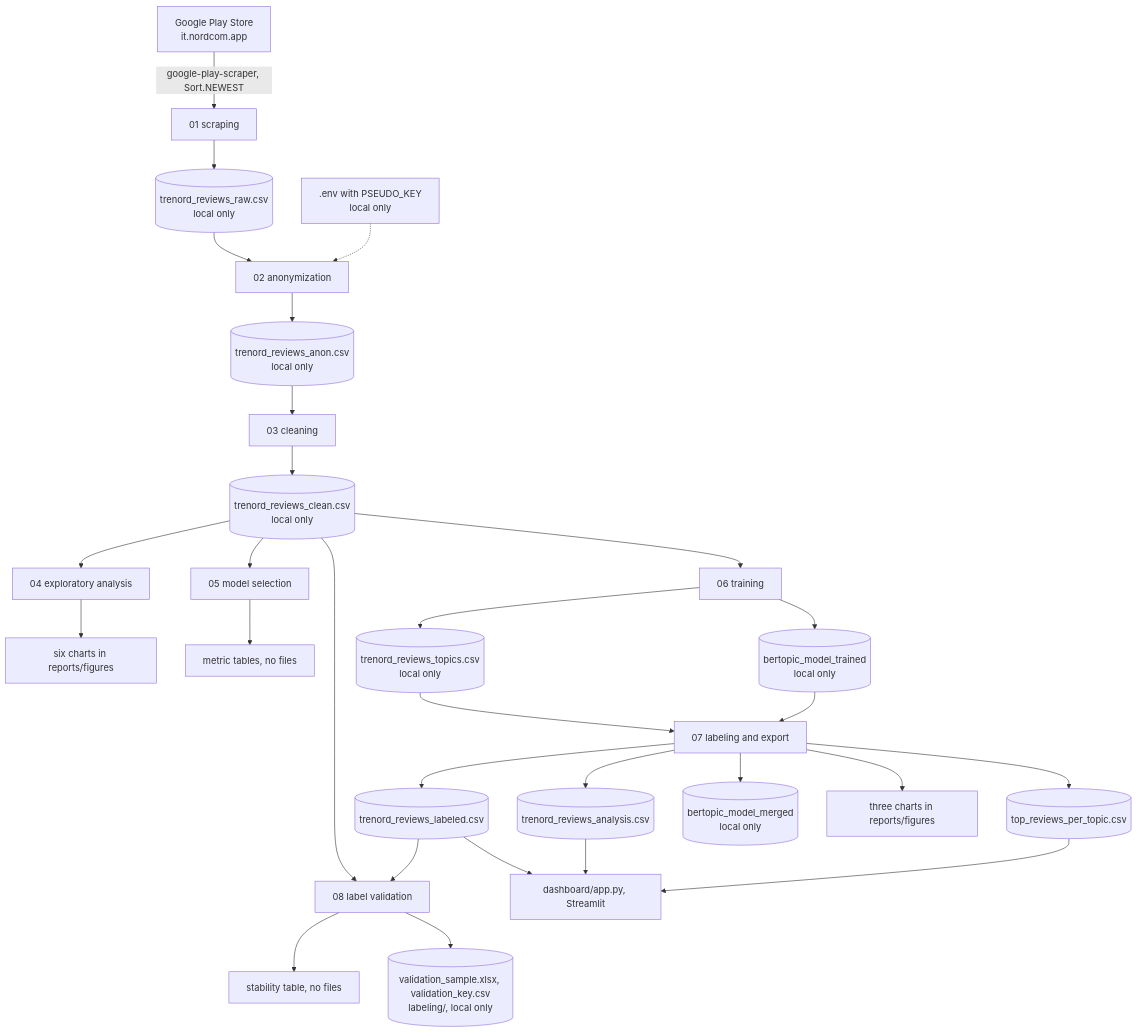
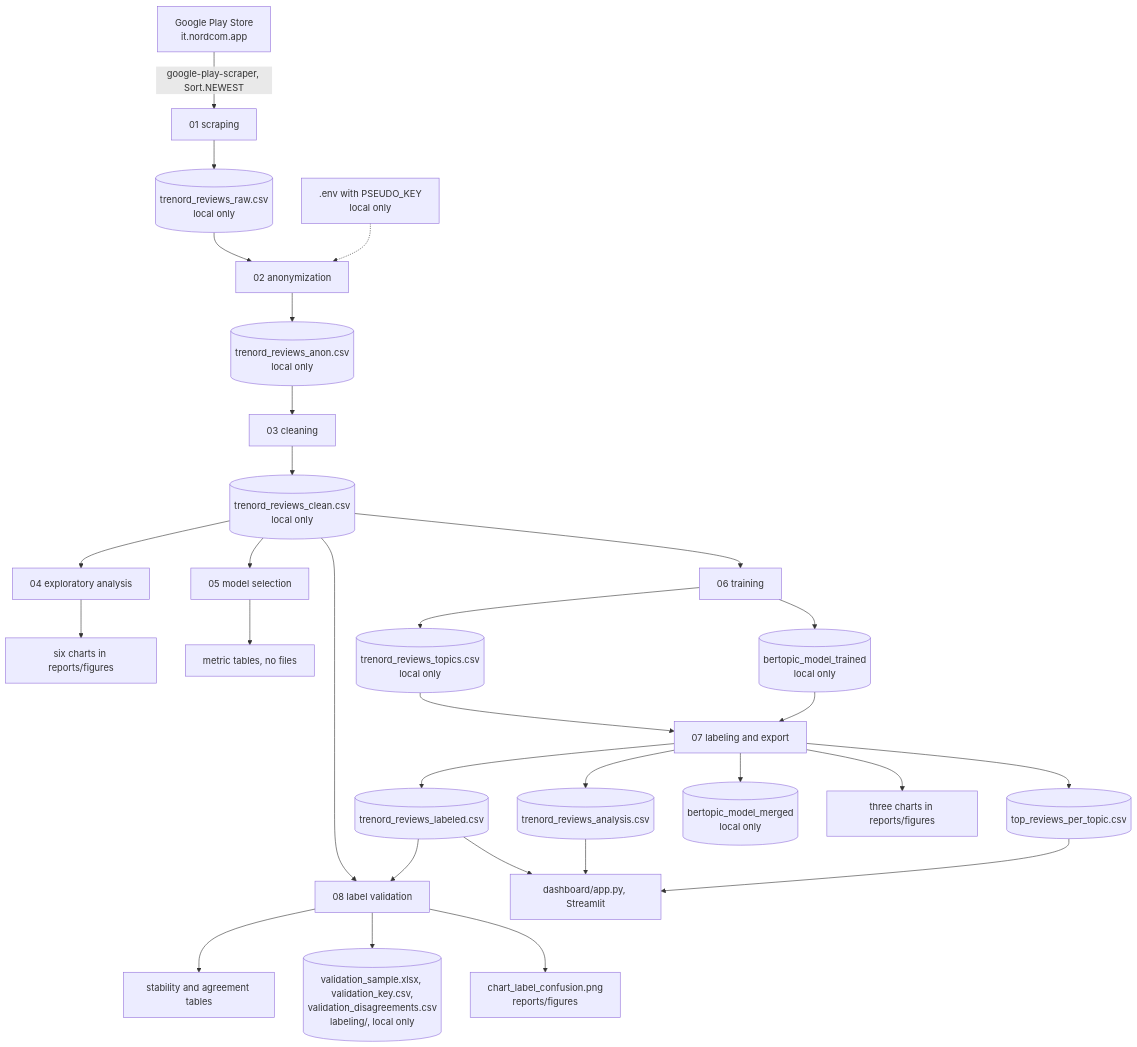
Before and after one commit to paolotroia-datavizlab/trenord-reviews-bertopic: the diagram in docs/architecture.md, drawn with Mermaid. The commit also changed other lines of this file and 4 other files, not shown here.

````diff
--- a/docs/architecture.md
+++ b/docs/architecture.md
@@ -33,31 +33,32 @@
 ```mermaid
 flowchart TD
     PS["Google Play Store<br/>it.nordcom.app"] -->|"google-play-scraper, Sort.NEWEST"| N01["01 scraping"]
     N01 --> RAW[("trenord_reviews_raw.csv<br/>local only")]
     RAW --> N02["02 anonymization"]
     ENV[".env with PSEUDO_KEY<br/>local only"] -.-> N02
     N02 --> ANON[("trenord_reviews_anon.csv<br/>local only")]
     ANON --> N03["03 cleaning"]
     N03 --> CLEAN[("trenord_reviews_clean.csv<br/>local only")]
     CLEAN --> N04["04 exploratory analysis"]
     N04 --> PNG["six charts in reports/figures"]
     CLEAN --> N05["05 model selection"]
     N05 --> TABLES["metric tables, no files"]
     CLEAN --> N06["06 training"]
     N06 --> TOPICS[("trenord_reviews_topics.csv<br/>local only")]
     N06 --> MODEL[("bertopic_model_trained<br/>local only")]
     TOPICS --> N07["07 labeling and export"]
     MODEL --> N07
     N07 --> LAB[("trenord_reviews_labeled.csv")]
     N07 --> ANA[("trenord_reviews_analysis.csv")]
     N07 --> TOP[("top_reviews_per_topic.csv")]
     N07 --> FINAL[("bertopic_model_merged<br/>local only")]
     N07 --> PNG2["three charts in reports/figures"]
     CLEAN --> N08["08 label validation"]
     LAB --> N08
-    N08 --> STAB["stability table, no files"]
-    N08 --> SAMPLE[("validation_sample.xlsx, validation_key.csv<br/>labeling/, local only")]
+    N08 --> STAB["stability and agreement tables"]
+    N08 --> SAMPLE[("validation_sample.xlsx, validation_key.csv,<br/>validation_disagreements.csv<br/>labeling/, local only")]
+    N08 --> PNG3["chart_label_confusion.png<br/>reports/figures"]
     LAB --> DASH["dashboard/app.py, Streamlit"]
     ANA --> DASH
     TOP --> DASH
 ```
````
